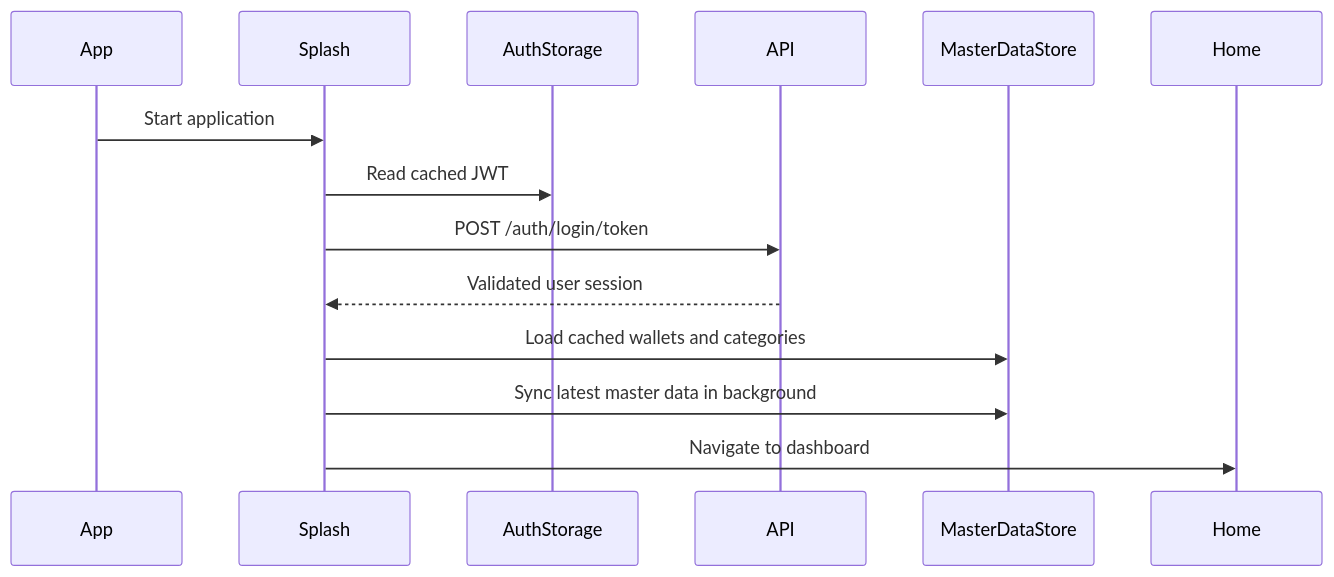
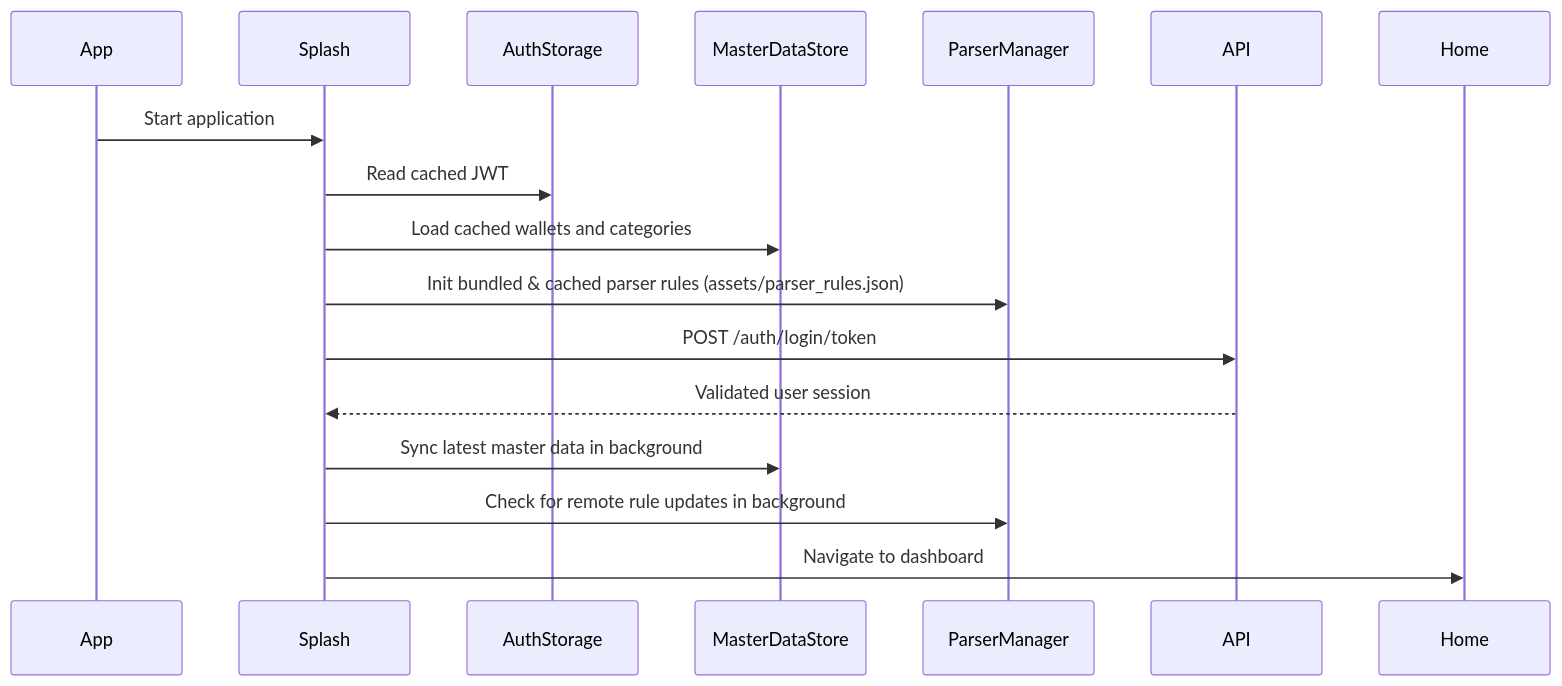
The second of 5 diagrams in TECHNICAL_OVERVIEW.md (ttanh00123/projectfina), drawn with Mermaid before and after one commit. The commit also changed other lines of this file, not shown here.

````diff
--- a/TECHNICAL_OVERVIEW.md
+++ b/TECHNICAL_OVERVIEW.md
@@ -81,17 +80,20 @@
 ```mermaid
 sequenceDiagram
     participant App
     participant Splash
     participant AuthStorage
+    participant MasterDataStore
+    participant ParserManager
     participant API
-    participant MasterDataStore
     participant Home
 
     App->>Splash: Start application
     Splash->>AuthStorage: Read cached JWT
+    Splash->>MasterDataStore: Load cached wallets and categories
+    Splash->>ParserManager: Init bundled & cached parser rules (assets/parser_rules.json)
     Splash->>API: POST /auth/login/token
     API-->>Splash: Validated user session
-    Splash->>MasterDataStore: Load cached wallets and categories
     Splash->>MasterDataStore: Sync latest master data in background
+    Splash->>ParserManager: Check for remote rule updates in background
     Splash->>Home: Navigate to dashboard
 ```
````
